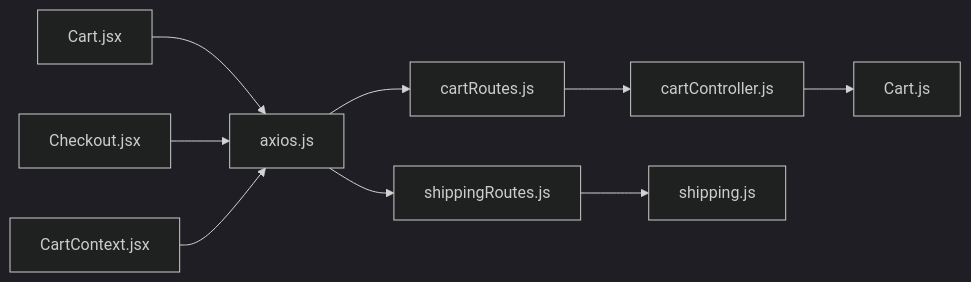
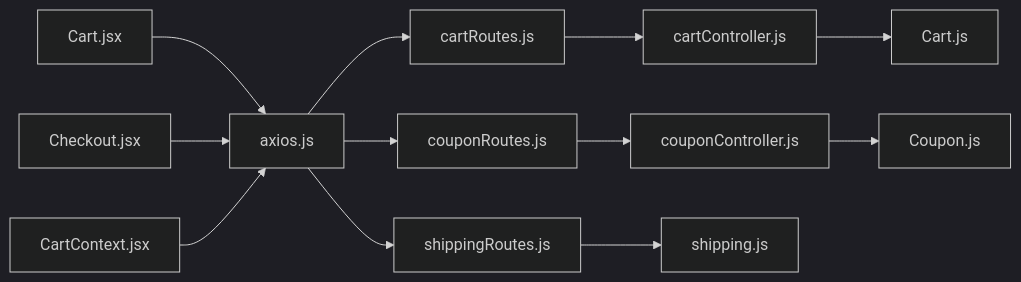
One commit to Pavan-PSPK9032/TrendsandToss changed diagram 11 of 11 in .qoder/repowiki/en/content/Shopping Experience/Shopping Cart Management.md. Above: the diagram before and after it, drawn with Mermaid (dark theme). The commit also changed other lines of this file and 16 other files, not shown here.

````diff
--- a/.qoder/repowiki/en/content/Shopping Experience/Shopping Cart Management.md
+++ b/.qoder/repowiki/en/content/Shopping Experience/Shopping Cart Management.md
@@ -444,11 +593,14 @@
 ```mermaid
 graph LR
 AXIOS["axios.js"] --> CART_ROUTES["cartRoutes.js"]
+AXIOS --> COUPON_ROUTES["couponRoutes.js"]
 AXIOS --> SHIP_ROUTES["shippingRoutes.js"]
 CART_ROUTES --> CART_CTRL["cartController.js"]
+COUPON_ROUTES --> COUPON_CTRL["couponController.js"]
 CART_CTRL --> CART_MODEL["Cart.js"]
+COUPON_CTRL --> COUPON_MODEL["Coupon.js"]
 SHIP_ROUTES --> SHIP_UTIL["shipping.js"]
 CART_PAGE["Cart.jsx"] --> AXIOS
 CHECKOUT_PAGE["Checkout.jsx"] --> AXIOS
 CART_CONTEXT["CartContext.jsx"] --> AXIOS
 ```
````
